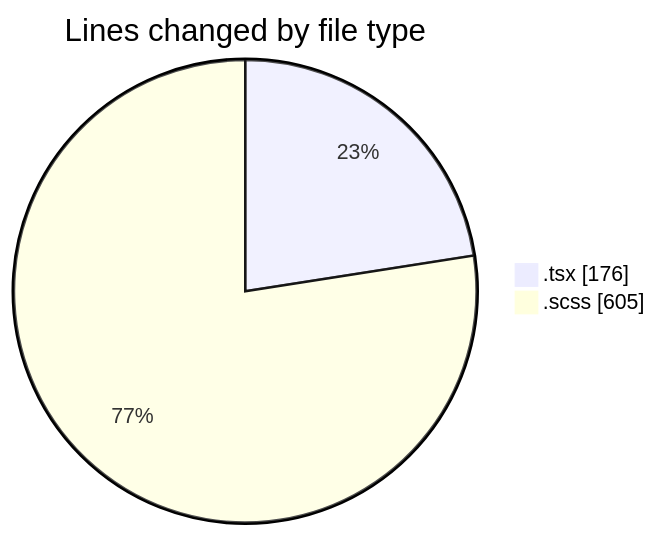
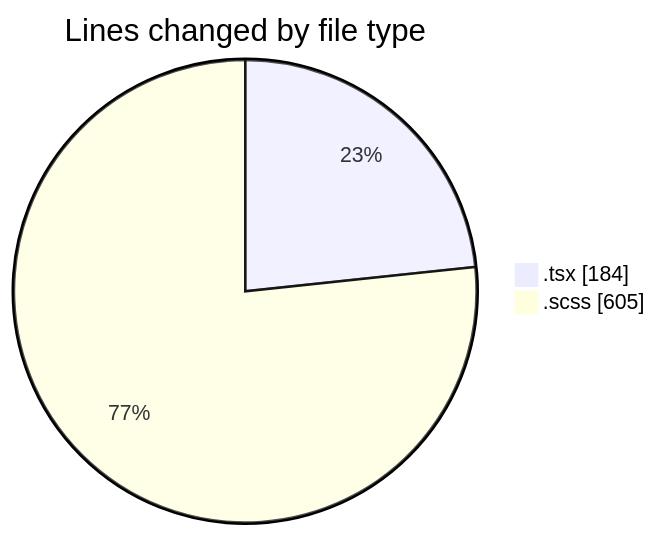
One commit to momahboobian/code-tracking changed the first of 2 diagrams in 2025-03-27/cda/README.md. Above: the diagram before and after it, drawn with Mermaid. The commit also changed other lines of this file and 1 other file, not shown here.

````diff
--- a/2025-03-27/cda/README.md
+++ b/2025-03-27/cda/README.md
@@ -21,6 +21,6 @@
 ```mermaid
 pie showData
 title Lines changed by file type
-".tsx" : 176
+".tsx" : 184
 ".scss" : 605
 ```
````
